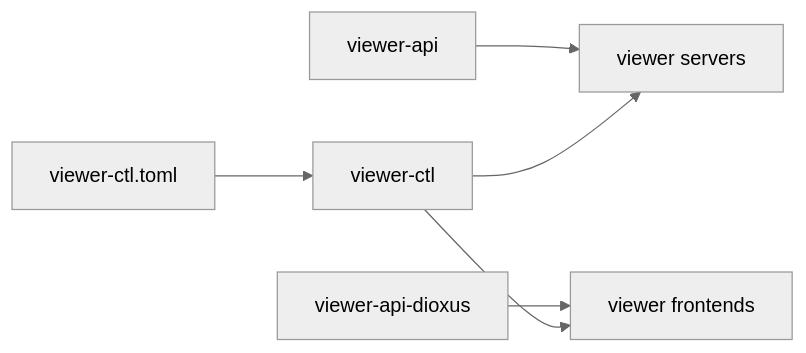
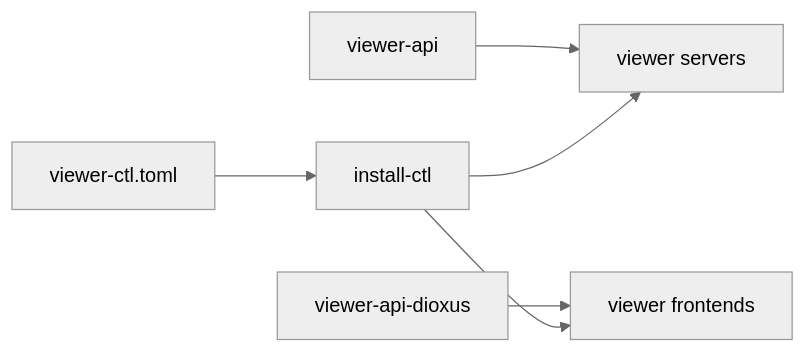
The diagram in README.md (mankinskin/viewer-api), drawn with Mermaid (neutral theme) before and after one commit. The commit also changed other lines of this file and 16 other files, not shown here.

First line of the commit message:
refactor(viewer-ctl): remove viewer-ctl crate now superseded by install-ctl

````diff
--- a/README.md
+++ b/README.md
@@ -29,8 +27,8 @@
 ```mermaid
 flowchart LR
-    Config[viewer-ctl.toml] --> Ctl[viewer-ctl]
+    Config[viewer-ctl.toml] --> Ctl[install-ctl]
     Api[viewer-api] --> Servers[viewer servers]
     Dioxus[viewer-api-dioxus] --> Frontends[viewer frontends]
     Ctl --> Servers
     Ctl --> Frontends
 ```
````
